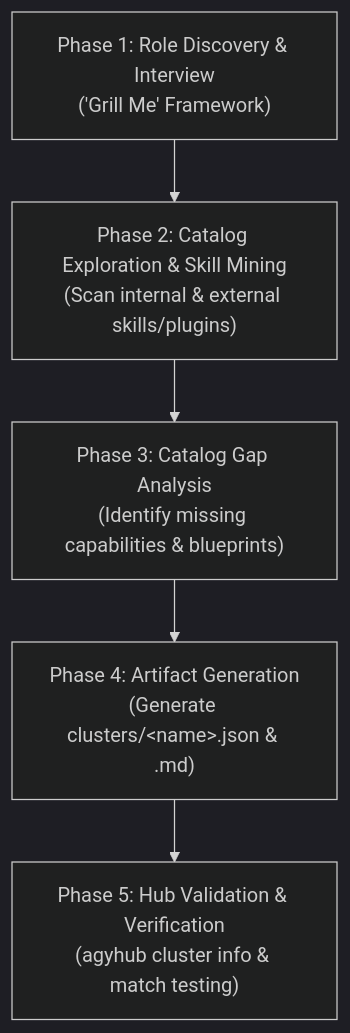
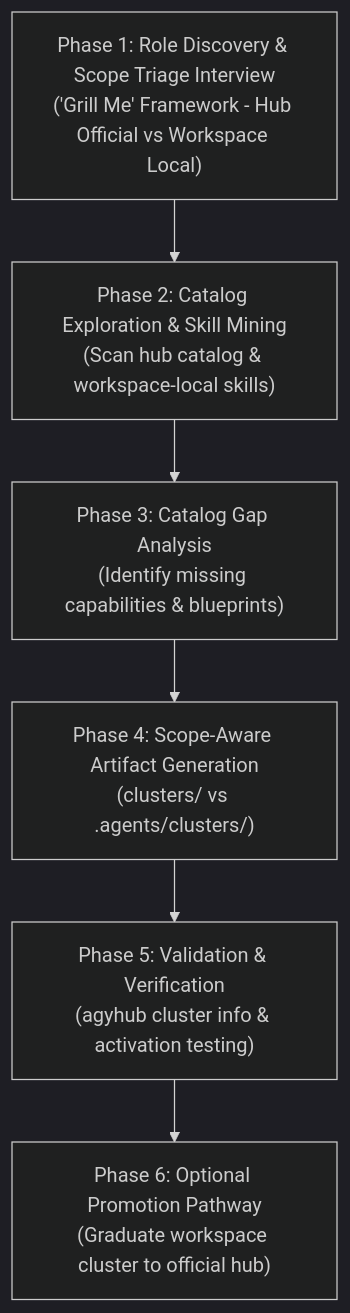
Before and after one commit to sogire/skills-hub: the diagram in internal/hub-tools/skills/agyhub-cluster-role-creation/SKILL.md, drawn with Mermaid (dark theme). The commit also changed other lines of this file and 4 other files, not shown here.

First line of the commit message:
feat: support workspace-scoped clusters, local skill scaffolding, and scope-aware skills creation

````diff
--- a/internal/hub-tools/skills/agyhub-cluster-role-creation/SKILL.md
+++ b/internal/hub-tools/skills/agyhub-cluster-role-creation/SKILL.md
@@ -24,7 +30,8 @@
 ```mermaid
 flowchart TD
-    A["Phase 1: Role Discovery & Interview<br>('Grill Me' Framework)"] --> B["Phase 2: Catalog Exploration & Skill Mining<br>(Scan internal & external skills/plugins)"]
+    A["Phase 1: Role Discovery & Scope Triage Interview<br>('Grill Me' Framework - Hub Official vs Workspace Local)"] --> B["Phase 2: Catalog Exploration & Skill Mining<br>(Scan hub catalog & workspace-local skills)"]
     B --> C["Phase 3: Catalog Gap Analysis<br>(Identify missing capabilities & blueprints)"]
-    C --> D["Phase 4: Artifact Generation<br>(Generate clusters/&lt;name&gt;.json &amp; .md)"]
-    D --> E["Phase 5: Hub Validation & Verification<br>(agyhub cluster info &amp; match testing)"]
+    C --> D["Phase 4: Scope-Aware Artifact Generation<br>(clusters/ vs .agents/clusters/)"]
+    D --> E["Phase 5: Validation & Verification<br>(agyhub cluster info & activation testing)"]
+    E --> F["Phase 6: Optional Promotion Pathway<br>(Graduate workspace cluster to official hub)"]
 ```
````
